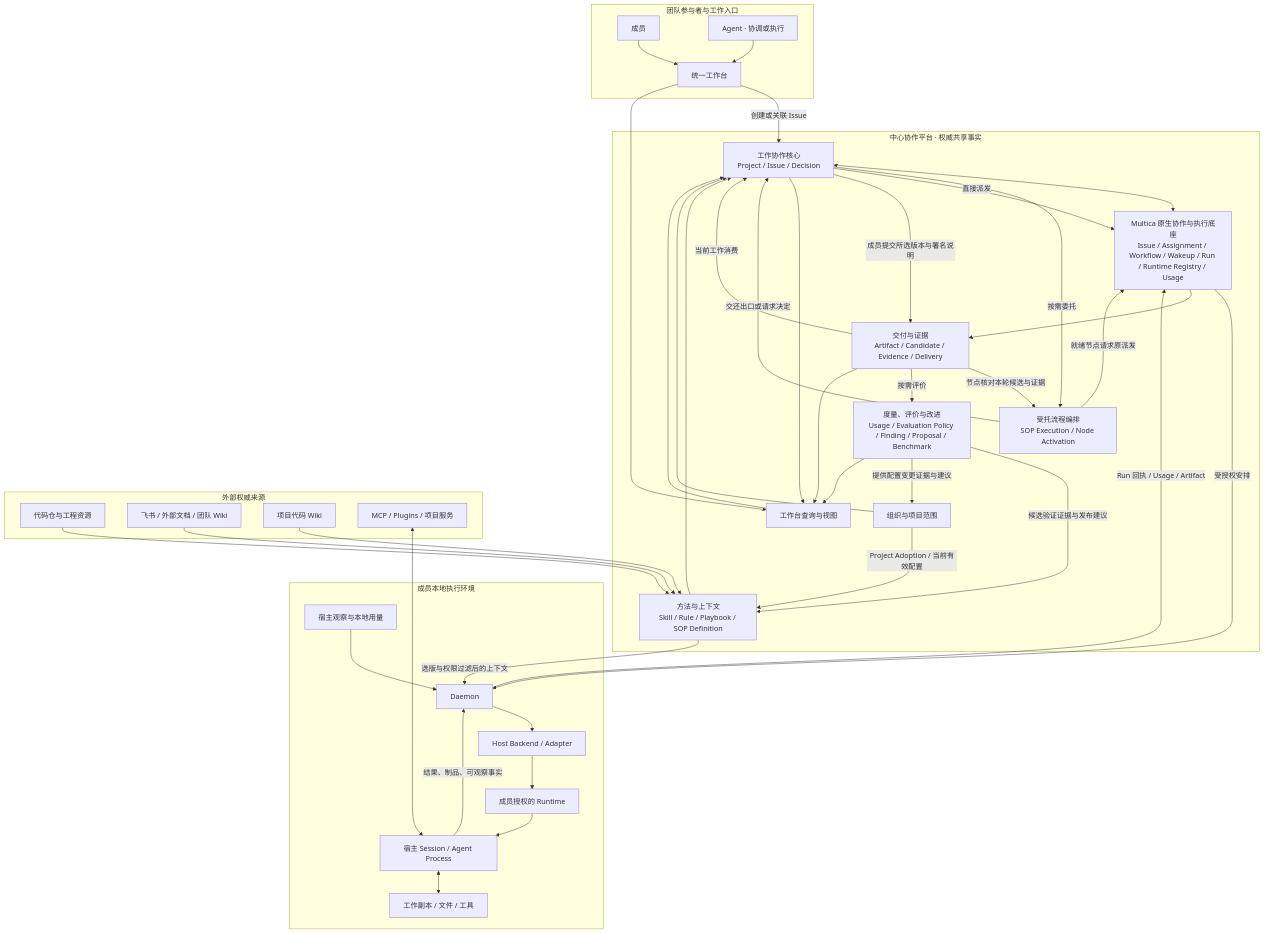
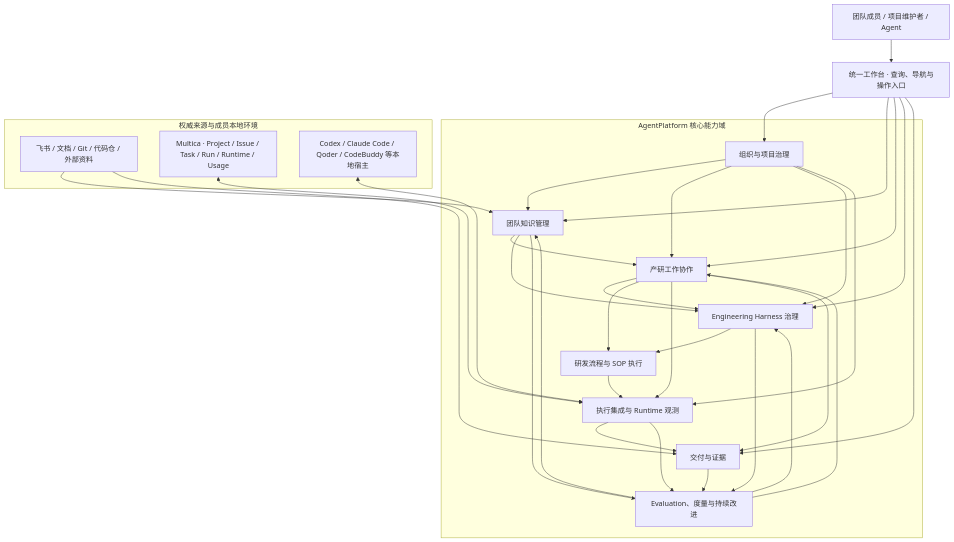
The first of 2 diagrams in docs/architecture/system-architecture.md (ScWen7/Issues), drawn with Mermaid before and after one commit. The commit also changed other lines of this file, not shown here.

Commit message:
docs: converge system architecture around knowledge harness and delivery

```diff
--- a/docs/architecture/system-architecture.md
+++ b/docs/architecture/system-architecture.md
@@ -19,66 +18,53 @@
 ~~~mermaid
 flowchart TB
-  subgraph People["团队参与者与工作入口"]
-    Member["成员"]
-    Agent["Agent · 协调或执行"]
-    UI["统一工作台"]
+  People["团队成员 / 项目维护者 / Agent"]
+  UI["统一工作台 · 查询、导航与操作入口"]
+
+  subgraph Core["AgentPlatform 核心能力域"]
+    Org["组织与项目治理"]
+    Knowledge["团队知识管理"]
+    Work["产研工作协作"]
+    Harness["Engineering Harness 治理"]
+    Flow["研发流程与 SOP 执行"]
+    Execution["执行集成与 Runtime 观测"]
+    Evidence["交付与证据"]
+    Evolution["Evaluation、度量与持续改进"]
   end
-  subgraph Center["中心协作平台 · 权威共享事实"]
-    Org["组织与项目范围"]
-    Work["工作协作核心<br/>Project / Issue / Decision"]
-    Method["方法与上下文<br/>Skill / Rule / Playbook / SOP Definition"]
-    Flow["受托流程编排<br/>SOP Execution / Node Activation"]
-    Delivery["交付与证据<br/>Artifact / Candidate / Evidence / Delivery"]
-    Insight["度量、评价与改进<br/>Usage / Evaluation Policy / Finding / Proposal / Benchmark"]
-    Read["工作台查询与视图"]
-    Multica["Multica 原生协作与执行底座<br/>Issue / Assignment / Workflow / Wakeup / Run / Runtime Registry / Usage"]
+
+  subgraph External["权威来源与成员本地环境"]
+    Sources["飞书 / 文档 / Git / 代码仓 / 外部资料"]
+    Multica["Multica · Project / Issue / Task / Run / Runtime / Usage"]
+    Hosts["Codex / Claude Code / Qoder / CodeBuddy 等本地宿主"]
   end
-  subgraph Local["成员本地执行环境"]
-    Daemon["Daemon"]
-    Adapter["Host Backend / Adapter"]
-    Runtime["成员授权的 Runtime"]
-    Session["宿主 Session / Agent Process"]
-    Workspace["工作副本 / 文件 / 工具"]
-    Observation["宿主观察与本地用量"]
-  end
-  subgraph Sources["外部权威来源"]
-    Repo["代码仓与工程资源"]
-    Docs["飞书 / 外部文档 / 团队 Wiki"]
-    CodeWiki["项目代码 Wiki"]
-    Tools["MCP / Plugins / 项目服务"]
-  end
-  Member --> UI
-  Agent --> UI
-  UI -->|"创建或关联 Issue"| Work
-  UI --> Read
-  Read --> Work
+
+  People --> UI
+  UI --> Org
+  UI --> Knowledge
+  UI --> Work
+  UI --> Harness
+  UI --> Evidence
+  Org --> Knowledge
   Org --> Work
-  Work <--> Multica
-  Method --> Work
-  Work -->|"按需委托"| Flow
-  Flow -->|"就绪节点请求原派发"| Multica
-  Work -->|"直接派发"| Multica
-  Multica -->|"受授权安排"| Daemon
-  Daemon --> Adapter --> Runtime --> Session
-  Session <--> Workspace
-  Tools <--> Session
-  Repo --> Method
-  Docs --> Method
-  CodeWiki --> Method
-  Method -->|"选版与权限过滤后的上下文"| Daemon
-  Session -->|"结果、制品、可观察事实"| Daemon
-  Observation --> Daemon
-  Daemon -->|"Run 回执 / Usage / Artifact"| Multica
-  Multica --> Delivery
-  Work -->|"成员提交所选版本与署名说明"| Delivery
-  Delivery -->|"节点核对本轮候选与证据"| Flow
-  Flow -->|"交还出口或请求决定"| Work
-  Delivery -->|"当前工作消费"| Work
-  Delivery -->|"按需评价"| Insight
-  Insight -->|"候选验证证据与发布建议"| Method
-  Insight -->|"提供配置变更证据与建议"| Org
-  Org -->|"Project Adoption / 当前有效配置"| Method
-  Insight --> Read
-  Delivery --> Read
-  Work --> Read
+  Org --> Harness
+  Org --> Execution
+  Sources --> Knowledge
+  Sources --> Evidence
+  Knowledge --> Work
+  Knowledge --> Harness
+  Work --> Harness
+  Harness --> Flow
+  Work --> Flow
+  Flow --> Execution
+  Work --> Execution
+  Multica <--> Execution
+  Hosts <--> Execution
+  Execution --> Evidence
+  Work --> Evidence
+  Evidence --> Evolution
+  Execution --> Evolution
+  Knowledge --> Evolution
+  Harness --> Evolution
+  Evolution --> Knowledge
+  Evolution --> Harness
+  Evolution --> Work
 ~~~
```
